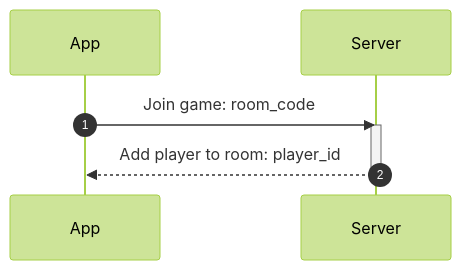
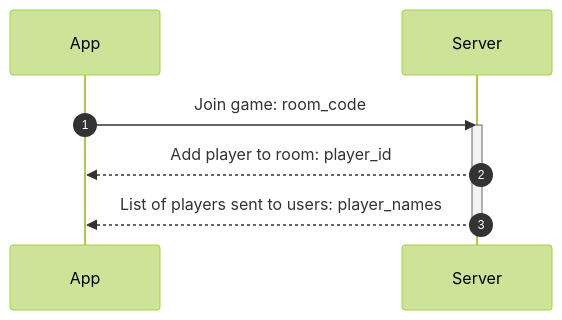
One commit to TheOmnimax/trivia-server changed the second of 3 diagrams in docs/diagrams/data_flow.md. Above: the diagram before and after it, drawn with Mermaid (forest theme). The commit also changed other lines of this file and 4 other files, not shown here.

````diff
--- a/docs/diagrams/data_flow.md
+++ b/docs/diagrams/data_flow.md
@@ -21,8 +21,9 @@
 ```mermaid
 sequenceDiagram
 autonumber
   App->>Server: Join game: room_code
   activate Server
   Server-->>App: Add player to room: player_id
+  Server-->>App: List of players sent to users: player_names
   deactivate Server
 ```
````
